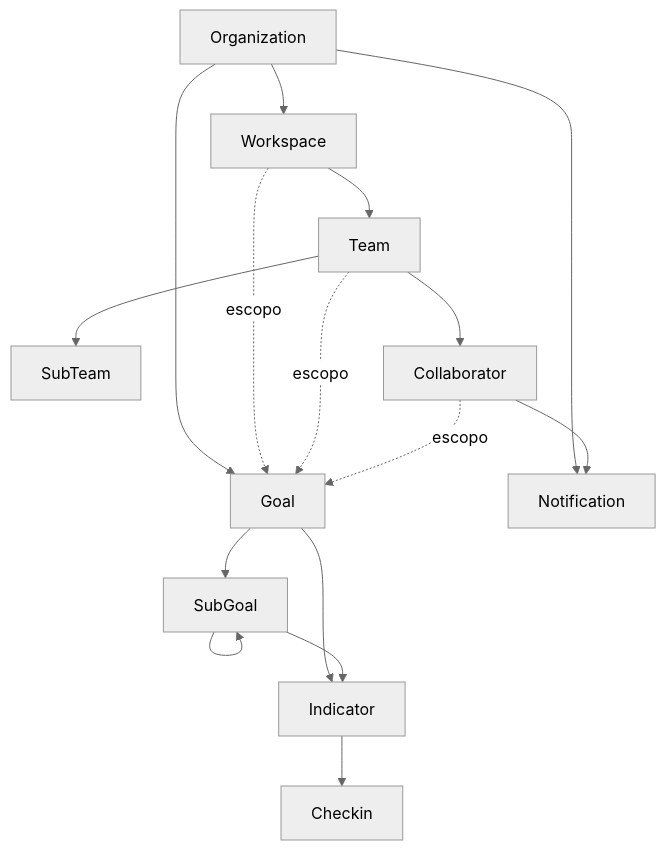
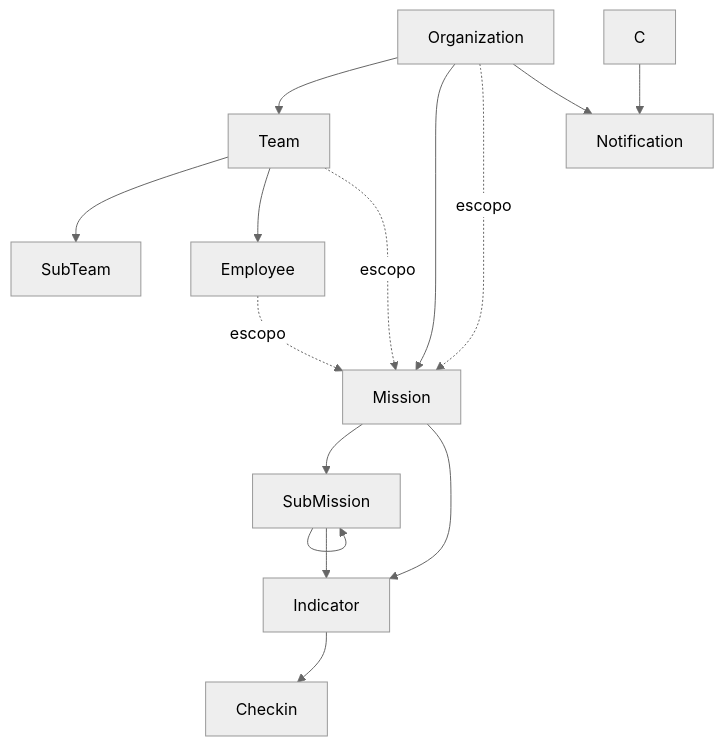
One commit to getbud-co/bud2 changed the fourth of 11 diagrams in README.md. Above: the diagram before and after it, drawn with Mermaid (neutral theme). The commit also changed other lines of this file and 11 other files, not shown here.

````diff
--- a/README.md
+++ b/README.md
@@ -332,31 +327,29 @@
 ```mermaid
 flowchart TD
     O[Organization]
-    W[Workspace]
     T[Team]
     ST[SubTeam]
-    C[Collaborator]
-    G[Goal]
-    SG[SubGoal]
+    E[Employee]
+    G[Mission]
+    SM[SubMission]
     I[Indicator]
     CH[Checkin]
 
-    O --> W
-    W --> T
+    O --> T
     T --> ST
-    T --> C
+    T --> E
 
     O --> G
-    W -. escopo .-> G
+    O -. escopo .-> G
     T -. escopo .-> G
-    C -. escopo .-> G
+    E -. escopo .-> G
 
-    G --> SG
-    SG --> SG
+    G --> SM
+    SM --> SM
     G --> I
-    SG --> I
+    SM --> I
     I --> CH
 
     O --> N[Notification]
     C --> N
 ```
````
